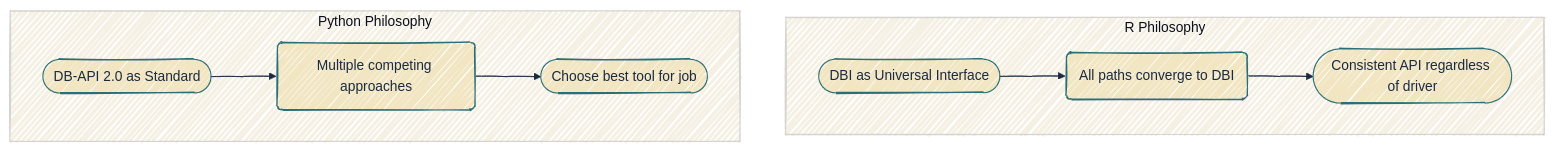
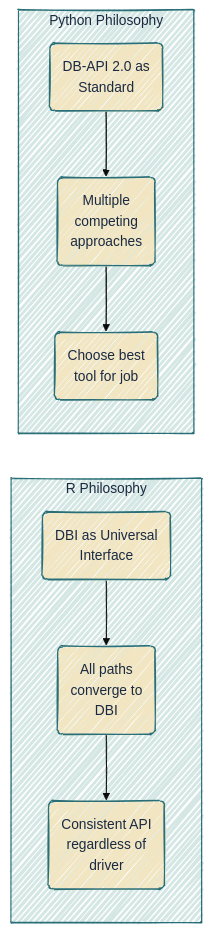
One commit to mjfrigaard/do4ds-labs changed the third of 6 diagrams in lab03.qmd. Above: the diagram before and after it, drawn with Mermaid. The commit also changed other lines of this file and 37 other files, not shown here.

Commit message:
updates to mermaid

````diff
--- a/lab03.qmd
+++ b/lab03.qmd
@@ -200,19 +203,22 @@
 ```{mermaid}
 %%| fig-cap: 'DB Connection Mental Model Differences'
 %%| fig-align: center
-%%{init: {'theme': 'base', 'look': 'handDrawn', 'themeVariables': { 'fontFamily': 'monospace', "fontSize":"16px", 'primaryColor': '#F2E6C2', 'primaryBorderColor': '#2A6F77', 'primaryTextColor': '#1B2A41', 'secondaryColor': '#d4e7e4', 'tertiaryColor': '#f5f0e4', 'lineColor': '#1B2A41', 'edgeLabelBackground': '#F2E6C2'}}}%%
+%%{init: {'theme': 'base', 'look': 'handDrawn', 'themeVariables': {'fontFamily': 'monospace'}}}%%
 
-graph TD
+graph LR
     subgraph RPhil["R Philosophy"]
-        A(["DBI as Universal Interface"]) --> B("All paths converge to DBI")
-        B --> C(["Consistent API regardless of driver"])
+        A("DBI as Universal<br>Interface") --> B("All paths<br>converge to<br>DBI")
+        B --> C("Consistent API<br>regardless of<br>driver")
     end
     
     subgraph PyPhil["Python Philosophy"]
-        D(["DB-API 2.0 as Standard"]) --> E("Multiple competing approaches")
-        E --> F(["Choose best tool for job"])
+        D("DB-API 2.0 as<br>Standard") --> E("Multiple<br>competing<br>approaches")
+        E --> F("Choose best<br>tool for job")
     end
+    classDef default fill:#F2E6C2,stroke:#2A6F77,color:#1B2A41
+    style RPhil fill:#d4e7e4,stroke:#2A6F77,color:#1B2A41
+    style PyPhil fill:#d4e7e4,stroke:#2A6F77,color:#1B2A41
     
 
     
 ```
````
